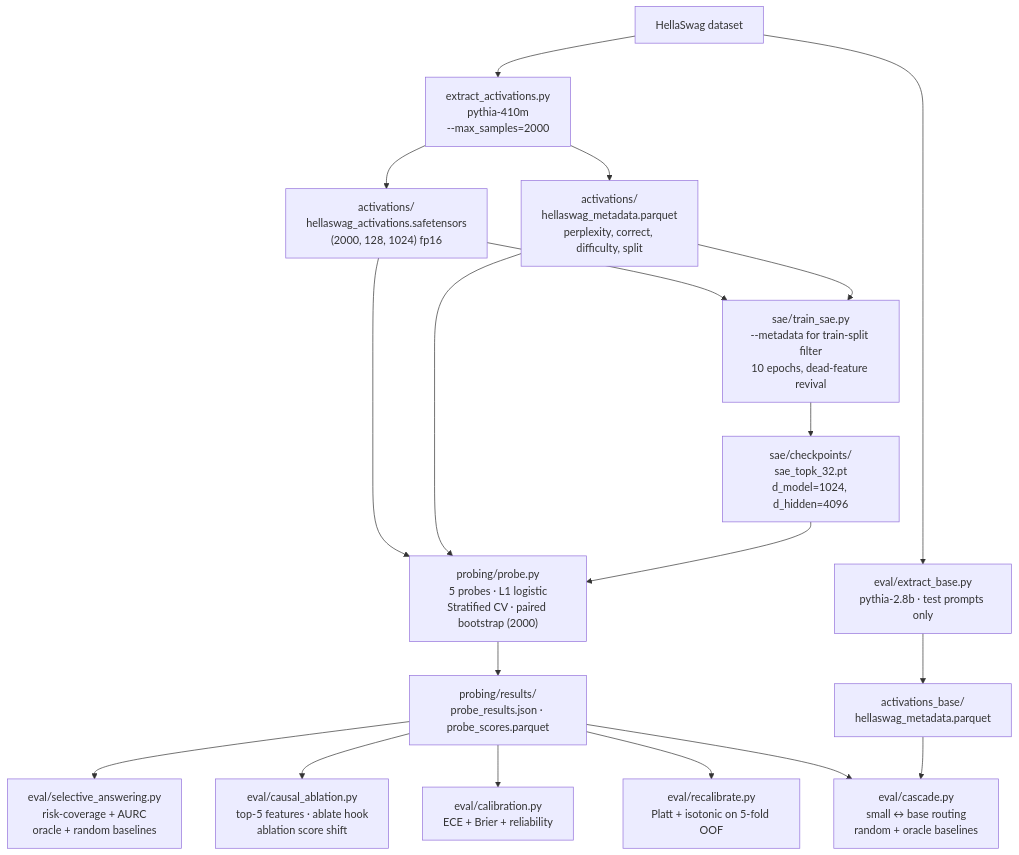
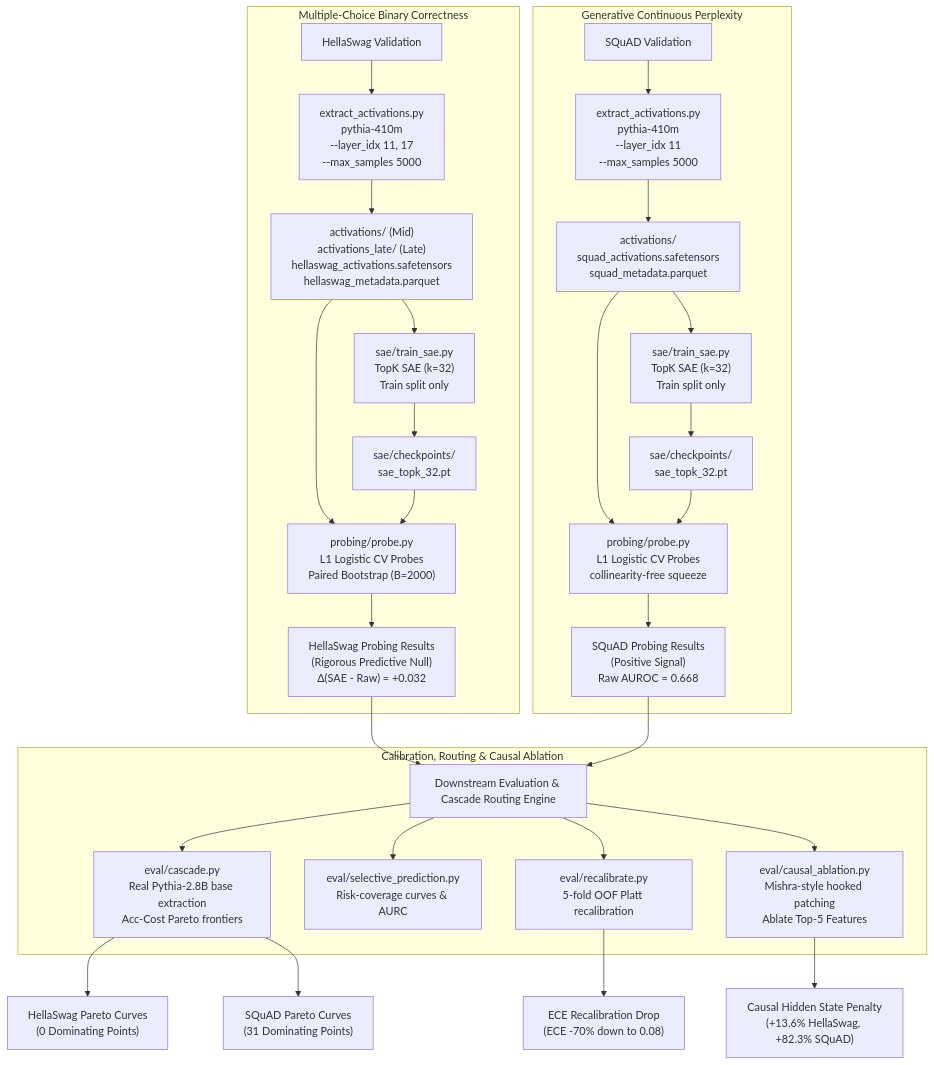
The diagram in README.md (nabindev3/llm-sae-difficulty), drawn with Mermaid before and after one commit. The commit also changed other lines of this file and 2 other files, not shown here.

````diff
--- a/README.md
+++ b/README.md
@@ -19,25 +11,37 @@
 ```mermaid
 flowchart TB
-    A["HellaSwag dataset"] --> B["extract_activations.py<br/>pythia-410m<br/>--max_samples=2000"]
-    B --> C["activations/<br/>hellaswag_activations.safetensors<br/>(2000, 128, 1024) fp16"]
-    B --> D["activations/<br/>hellaswag_metadata.parquet<br/>perplexity, correct, difficulty, split"]
+    subgraph Modality 1: HellaSwag [Multiple-Choice Binary Correctness]
+        A1["HellaSwag Validation"] --> B1["extract_activations.py<br/>pythia-410m<br/>--layer_idx 11, 17<br/>--max_samples 5000"]
+        B1 --> C1["activations/ (Mid)<br/>activations_late/ (Late)<br/>hellaswag_activations.safetensors<br/>hellaswag_metadata.parquet"]
+        C1 --> D1["sae/train_sae.py<br/>TopK SAE (k=32)<br/>Train split only"]
+        D1 --> E1["sae/checkpoints/<br/>sae_topk_32.pt"]
+        C1 --> F1["probing/probe.py<br/>L1 Logistic CV Probes<br/>Paired Bootstrap (B=2000)"]
+        E1 --> F1
+        F1 --> G1["HellaSwag Probing Results<br/>(Rigorous Predictive Null)<br/>Δ(SAE - Raw) = +0.032"]
+    end
 
-    C --> E["sae/train_sae.py<br/>--metadata for train-split filter<br/>10 epochs, dead-feature revival"]
-    D --> E
-    E --> F["sae/checkpoints/<br/>sae_topk_32.pt<br/>d_model=1024, d_hidden=4096"]
+    subgraph Modality 2: SQuAD [Generative Continuous Perplexity]
+        A2["SQuAD Validation"] --> B2["extract_activations.py<br/>pythia-410m<br/>--layer_idx 11<br/>--max_samples 5000"]
+        B2 --> C2["activations/<br/>squad_activations.safetensors<br/>squad_metadata.parquet"]
+        C2 --> D2["sae/train_sae.py<br/>TopK SAE (k=32)<br/>Train split only"]
+        D2 --> E2["sae/checkpoints/<br/>sae_topk_32.pt"]
+        C2 --> F2["probing/probe.py<br/>L1 Logistic CV Probes<br/>collinearity-free squeeze"]
+        E2 --> F2
+        F2 --> G2["SQuAD Probing Results<br/>(Positive Signal)<br/>Raw AUROC = 0.668"]
+    end
 
-    C --> G["probing/probe.py<br/>5 probes &middot; L1 logistic<br/>Stratified CV &middot; paired bootstrap (2000)"]
-    D --> G
-    F --> G
-    G --> H["probing/results/<br/>probe_results.json &middot; probe_scores.parquet"]
+    G1 --> H["Downstream Evaluation & Cascade Routing Engine"]
+    G2 --> H
 
-    H --> I["eval/selective_answering.py<br/>risk-coverage + AURC<br/>oracle + random baselines"]
-    H --> J["eval/causal_ablation.py<br/>top-5 features &middot; ablate hook<br/>ablation score shift"]
-    H --> K["eval/calibration.py<br/>ECE + Brier + reliability"]
-    H --> L["eval/recalibrate.py<br/>Platt + isotonic on 5-fold OOF"]
+    subgraph Downstream Evaluation [Calibration, Routing & Causal Ablation]
+        H --> I["eval/cascade.py<br/>Real Pythia-2.8B base extraction<br/>Acc-Cost Pareto frontiers"]
+        H --> J["eval/selective_prediction.py<br/>Risk-coverage curves & AURC"]
+        H --> K["eval/recalibrate.py<br/>5-fold OOF Platt recalibration"]
+        H --> L["eval/causal_ablation.py<br/>Mishra-style hooked patching<br/>Ablate Top-5 Features"]
+    end
 
-    A --> M["eval/extract_base.py<br/>pythia-2.8b &middot; test prompts only"]
-    M --> N["activations_base/<br/>hellaswag_metadata.parquet"]
-    H --> O["eval/cascade.py<br/>small &harr; base routing<br/>random + oracle baselines"]
-    N --> O
+    I --> M1["HellaSwag Pareto Curves<br/>(0 Dominating Points)"]
+    I --> M2["SQuAD Pareto Curves<br/>(31 Dominating Points)"]
+    K --> N["ECE Recalibration Drop<br/>(ECE -70% down to 0.08)"]
+    L --> O["Causal Hidden State Penalty<br/>(+13.6% HellaSwag, +82.3% SQuAD)"]
 ```
````
